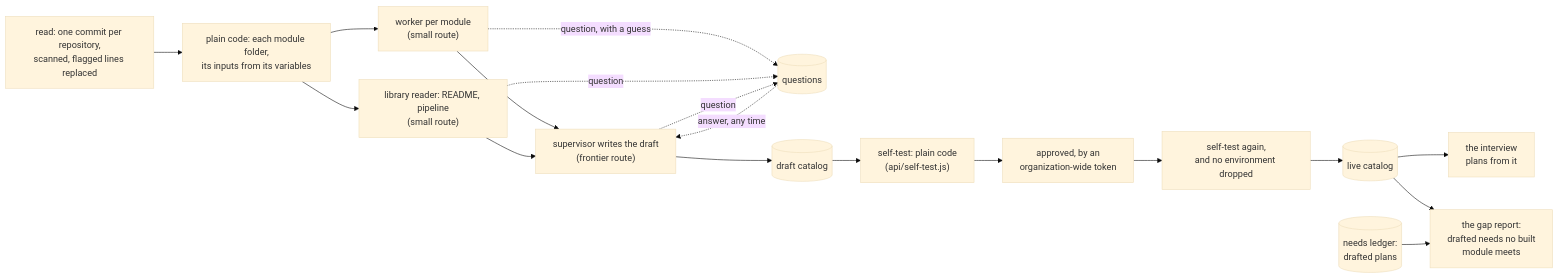
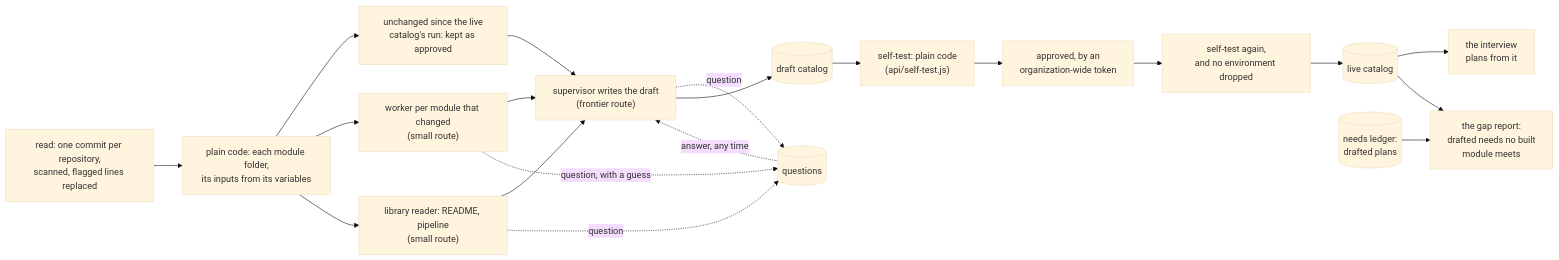
One commit to GregKliewer/sealeye changed diagram 11 of 13 in docs/ARCHITECTURE.md. Above: the diagram before and after it, drawn with Mermaid (base theme). The commit also changed other lines of this file and 11 other files, not shown here.

````diff
--- a/docs/ARCHITECTURE.md
+++ b/docs/ARCHITECTURE.md
@@ -501,20 +504,22 @@
 ```mermaid
 flowchart LR
   read["read: one commit per repository,<br/>scanned, flagged lines replaced"] --> plan["plain code: each module folder,<br/>its inputs from its variables"]
-  plan --> w1["worker per module<br/>(small route)"]
+  plan --> keep["unchanged since the live<br/>catalog's run: kept as approved"]
+  keep --> sup
+  plan --> w1["worker per module that changed<br/>(small route)"]
   plan --> lib["library reader: README, pipeline<br/>(small route)"]
   w1 --> sup["supervisor writes the draft<br/>(frontier route)"]
   lib --> sup
   w1 -. "question, with a guess" .-> q[("questions")]
   lib -. "question" .-> q
   sup -. "question" .-> q
   q -. "answer, any time" .-> sup
   sup --> draft[("draft catalog")]
   draft --> test["self-test: plain code<br/>(api/self-test.js)"]
   test --> approve["approved, by an<br/>organization-wide token"]
   approve --> test2["self-test again,<br/>and no environment dropped"]
   test2 --> live[("live catalog")]
   live --> interview["the interview<br/>plans from it"]
   live --> gapreport["the gap report:<br/>drafted needs no built<br/>module meets"]
   ledger[("needs ledger:<br/>drafted plans")] --> gapreport
 ```
````
